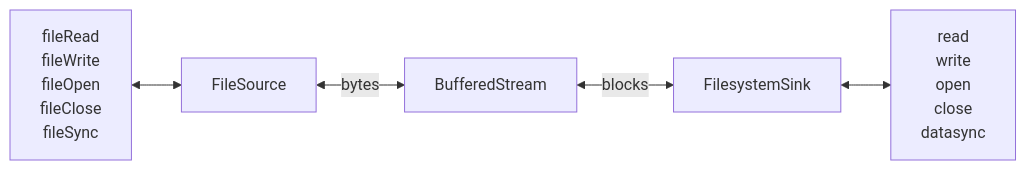
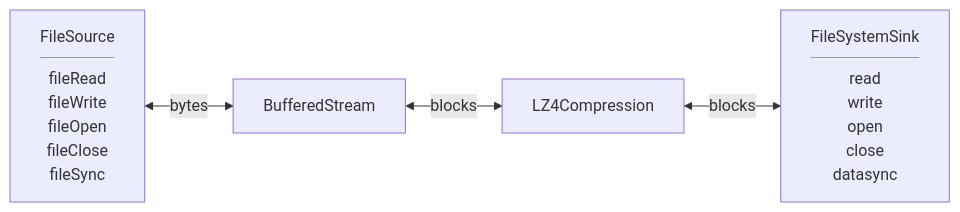
Before and after one commit to precision-software/TempFiles: the third of 5 diagrams in README.md, drawn with Mermaid. The commit also changed other lines of this file and 13 other files, not shown here.

````diff
--- a/README.md
+++ b/README.md
@@ -21,10 +22,6 @@
 ```mermaid
-
 flowchart LR
-    start[fileRead <br> fileWrite <br> fileOpen <br> fileClose <br> fileSync]
-      <--> FileSource <-- bytes --> BufferedStream <-- blocks --> FilesystemSink <-->
-    stop[read <br> write <br> open <br> close <br> datasync]
-    
-    classDef Invisible fill:#000000,stroke:#000000;
-    %%class start,stop Invisible;%%
+    source[FileSource <hr> fileRead <br> fileWrite <br> fileOpen <br> fileClose <br> fileSync]
+       <-- bytes --> BufferedStream <-- blocks --> LZ4Compression <-- blocks --> 
+    sink[FileSystemSink <hr> read <br> write <br> open <br> close <br> datasync]
 ```
````
